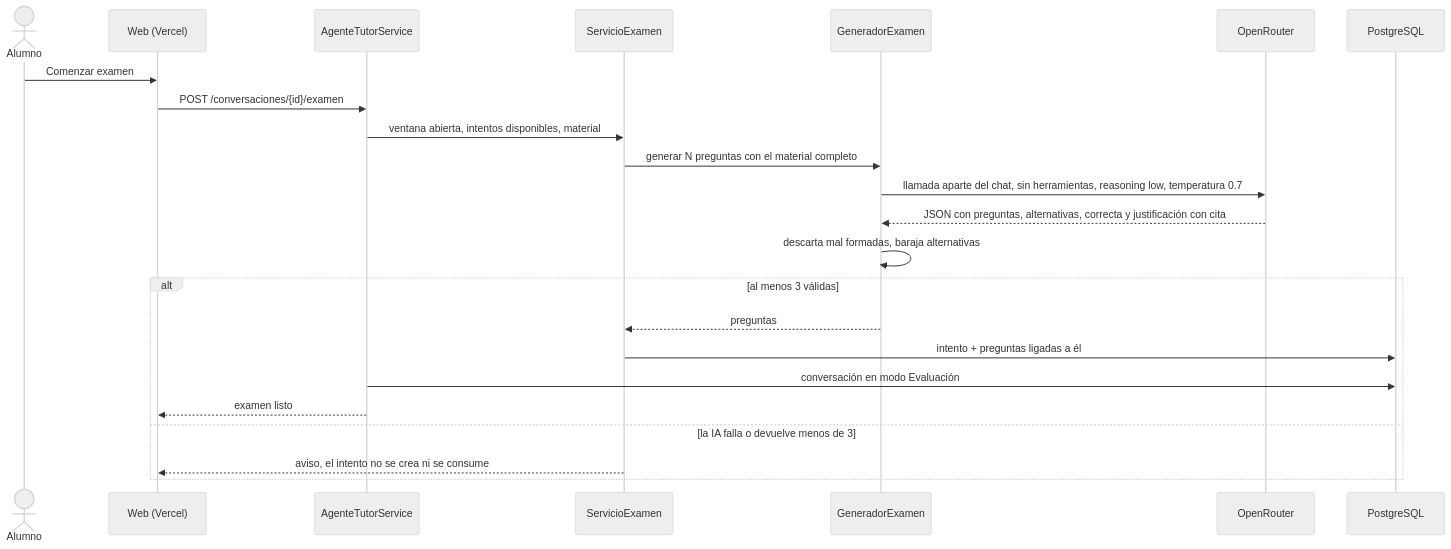
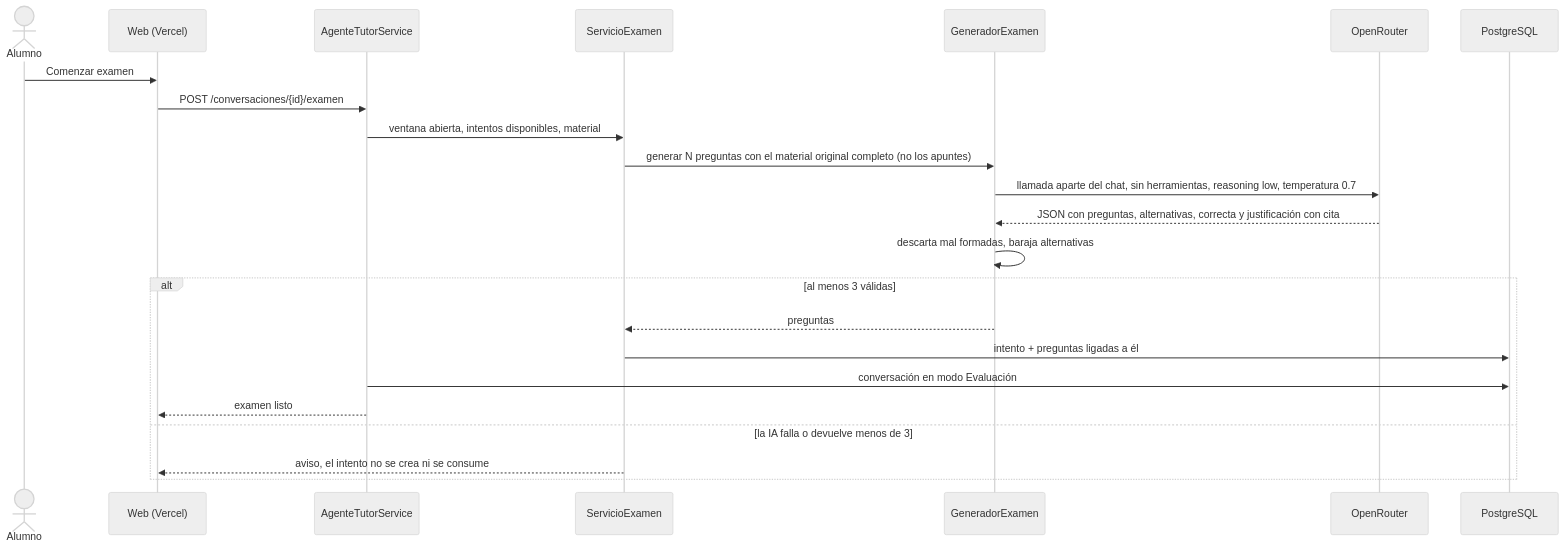
The tenth of 10 diagrams in specs/SDD-Plataforma-Evaluacion-PreClase.md (hideakiuchida/TutorPre), drawn with Mermaid (neutral theme) before and after one commit. The commit also changed other lines of this file and 25 other files, not shown here.

First line of the commit message:
Material condensado por IA con la cuenta del profesor (RF-36)

````diff
--- a/specs/SDD-Plataforma-Evaluacion-PreClase.md
+++ b/specs/SDD-Plataforma-Evaluacion-PreClase.md
@@ -708,26 +764,26 @@
 ```mermaid
 sequenceDiagram
     actor U as Alumno
     participant W as Web (Vercel)
     participant T as AgenteTutorService
     participant E as ServicioExamen
     participant G as GeneradorExamen
     participant O as OpenRouter
     participant D as PostgreSQL
 
     U->>W: Comenzar examen
     W->>T: POST /conversaciones/{id}/examen
     T->>E: ventana abierta, intentos disponibles, material
-    E->>G: generar N preguntas con el material completo
+    E->>G: generar N preguntas con el material original completo (no los apuntes)
     G->>O: llamada aparte del chat, sin herramientas, reasoning low, temperatura 0.7
     O-->>G: JSON con preguntas, alternativas, correcta y justificación con cita
     G->>G: descarta mal formadas, baraja alternativas
     alt al menos 3 válidas
         G-->>E: preguntas
         E->>D: intento + preguntas ligadas a él
         T->>D: conversación en modo Evaluación
         T-->>W: examen listo
     else la IA falla o devuelve menos de 3
         E-->>W: aviso, el intento no se crea ni se consume
     end
 ```
````
